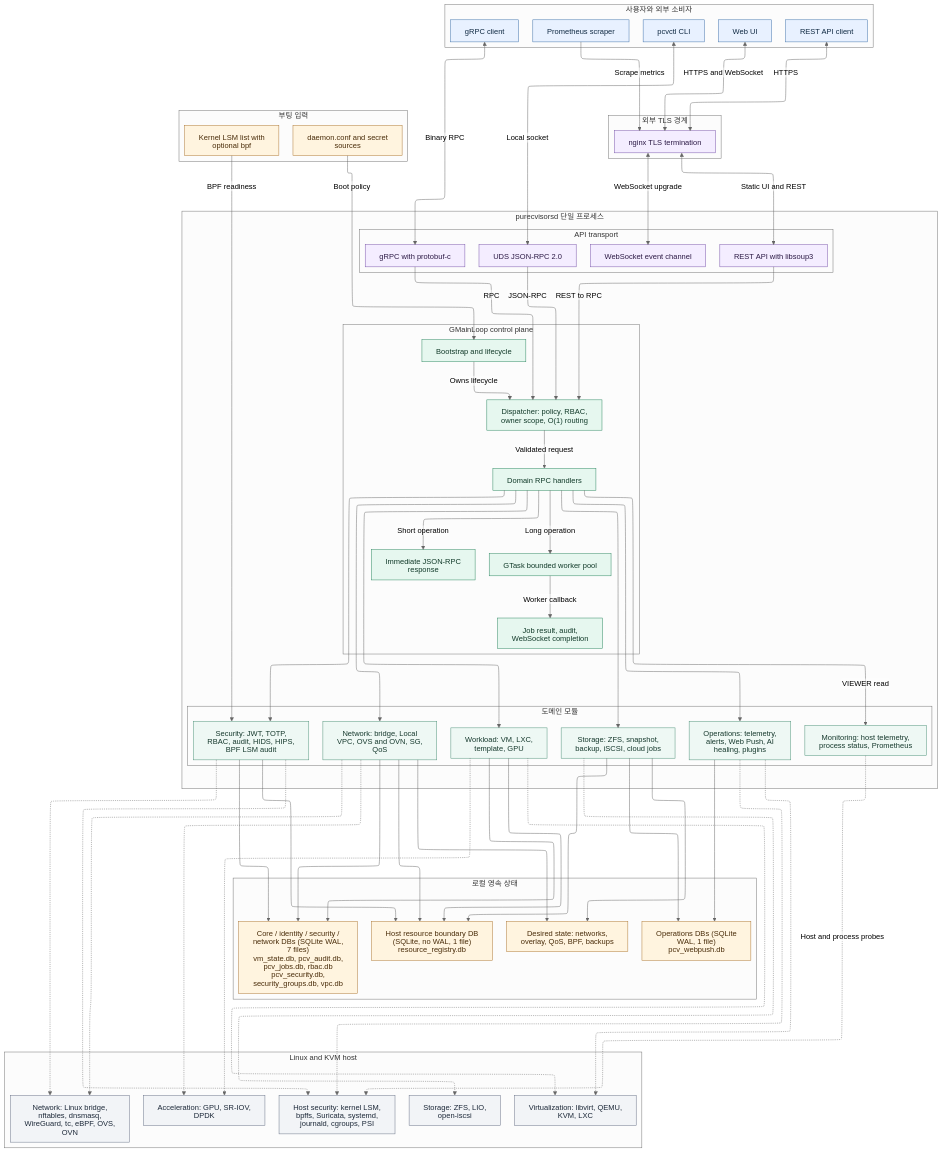
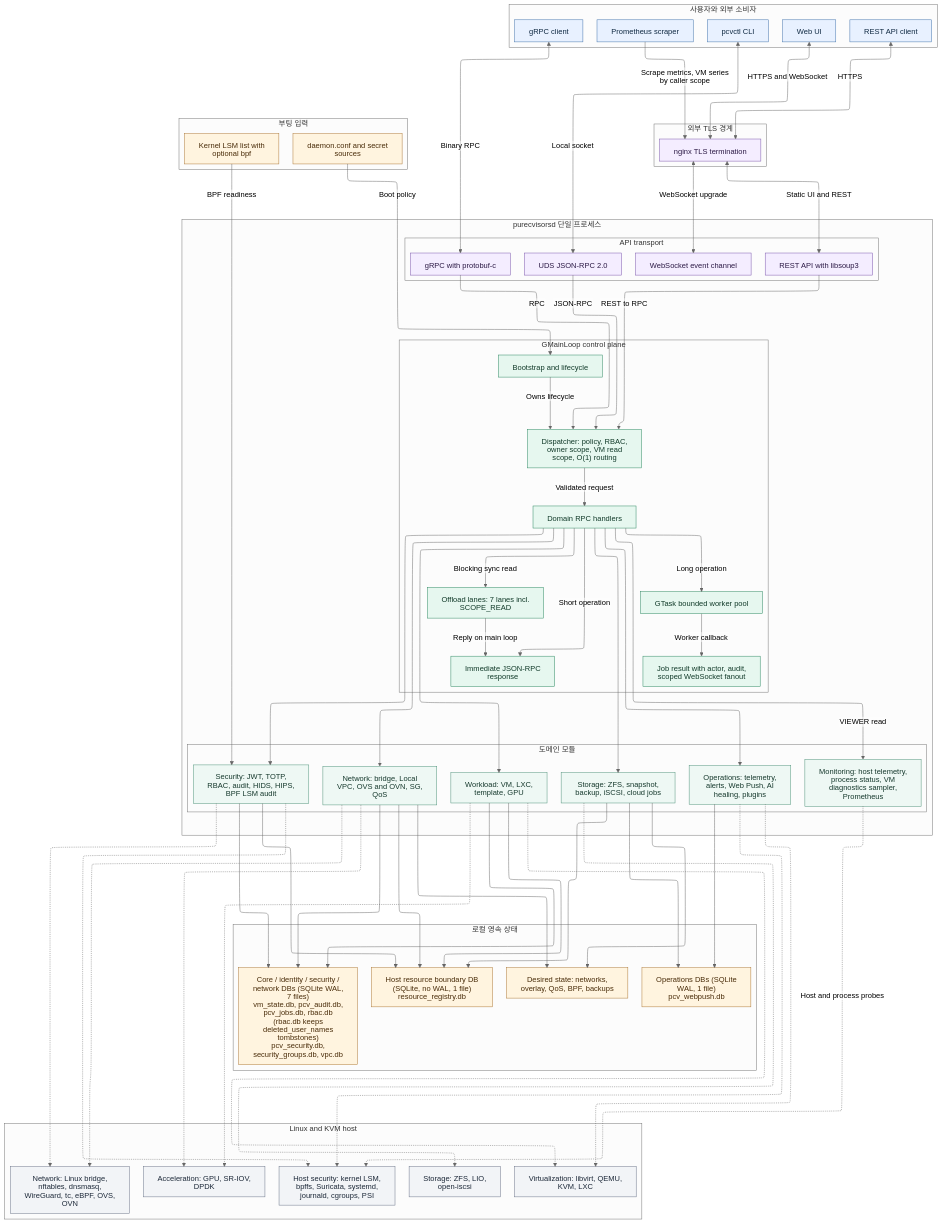
Before and after one commit to HardcoreMonk/purecvisor: the diagram in docs/architecture/purecvisor-single-full-architecture.mmd, drawn with Mermaid (neutral theme). The commit also changed 12 other files, not shown here.

First line of the commit message:
docs(architecture): add the offload lanes, VM read scope and VM diagnostics to the architecture diagrams

```diff
--- a/docs/architecture/purecvisor-single-full-architecture.mmd
+++ b/docs/architecture/purecvisor-single-full-architecture.mmd
@@ -1,132 +1,135 @@
 %%{init: {"htmlLabels": false, "markdownAutoWrap": false, "flowchart": {"defaultRenderer": "elk", "htmlLabels": false, "nodeSpacing": 28, "rankSpacing": 48}}}%%
 flowchart TB
     subgraph clients ["사용자와 외부 소비자"]
         direction LR
         webUi["Web UI"]
         pcvctl["pcvctl CLI"]
         apiClient["REST API client"]
         grpcClient["gRPC client"]
         promClient["Prometheus scraper"]
     end
 
     subgraph edgeGateway ["외부 TLS 경계"]
         nginx["nginx TLS termination"]
     end
 
     subgraph bootInputs ["부팅 입력"]
         configStore["daemon.conf and secret sources"]
         kernelLsm["Kernel LSM list with optional bpf"]
     end
 
     subgraph daemon ["purecvisorsd 단일 프로세스"]
         direction TB
 
         subgraph transports ["API transport"]
             direction LR
             udsApi["UDS JSON-RPC 2.0"]
             restApi["REST API with libsoup3"]
             grpcApi["gRPC with protobuf-c"]
             wsApi["WebSocket event channel"]
         end
 
         subgraph core ["GMainLoop control plane"]
             direction LR
             mainLoop["Bootstrap and lifecycle"]
-            dispatcher["Dispatcher: policy, RBAC, owner scope, O(1) routing"]
+            dispatcher["Dispatcher: policy, RBAC, owner scope, VM read scope, O(1) routing"]
             handlers["Domain RPC handlers"]
             syncPath["Immediate JSON-RPC response"]
             workerPool["GTask bounded worker pool"]
-            completion["Job result, audit, WebSocket completion"]
+            offloadLanes["Offload lanes: 7 lanes incl. SCOPE_READ"]
+            completion["Job result with actor, audit, scoped WebSocket fanout"]
         end
 
         subgraph domains ["도메인 모듈"]
             direction LR
             workloadDomain["Workload: VM, LXC, template, GPU"]
             networkDomain["Network: bridge, Local VPC, OVS and OVN, SG, QoS"]
             storageDomain["Storage: ZFS, snapshot, backup, iSCSI, cloud jobs"]
             securityDomain["Security: JWT, TOTP, RBAC, audit, HIDS, HIPS, BPF LSM audit"]
-            monitorDomain["Monitoring: host telemetry, process status, Prometheus"]
+            monitorDomain["Monitoring: host telemetry, process status, VM diagnostics sampler, Prometheus"]
             opsDomain["Operations: telemetry, alerts, Web Push, AI healing, plugins"]
         end
     end
 
     subgraph persistence ["로컬 영속 상태"]
         direction LR
-        coreDb["Core / identity / security / network DBs (SQLite WAL, 7 files)<br/>vm_state.db, pcv_audit.db, pcv_jobs.db, rbac.db<br/>pcv_security.db, security_groups.db, vpc.db"]
+        coreDb["Core / identity / security / network DBs (SQLite WAL, 7 files)<br/>vm_state.db, pcv_audit.db, pcv_jobs.db, rbac.db<br/>(rbac.db keeps deleted_user_names tombstones)<br/>pcv_security.db, security_groups.db, vpc.db"]
         operationsDb["Operations DBs (SQLite WAL, 1 file)<br/>pcv_webpush.db"]
         resourceDb["Host resource boundary DB<br/>(SQLite, no WAL, 1 file)<br/>resource_registry.db"]
         desiredStore["Desired state: networks, overlay, QoS, BPF, backups"]
     end
 
     subgraph host ["Linux and KVM host"]
         direction LR
         virtPlatform["Virtualization: libvirt, QEMU, KVM, LXC"]
         storagePlatform["Storage: ZFS, LIO, open-iscsi"]
         networkPlatform["Network: Linux bridge, nftables, dnsmasq, WireGuard, tc, eBPF, OVS, OVN"]
         securityPlatform["Host security: kernel LSM, bpffs, Suricata, systemd, journald, cgroups, PSI"]
         accelPlatform["Acceleration: GPU, SR-IOV, DPDK"]
     end
 
     webUi <-->|"HTTPS and WebSocket"| nginx
     apiClient <-->|"HTTPS"| nginx
-    promClient -->|"Scrape metrics"| nginx
+    promClient -->|"Scrape metrics, VM series by caller scope"| nginx
     pcvctl <-->|"Local socket"| udsApi
     grpcClient <-->|"Binary RPC"| grpcApi
     nginx <-->|"Static UI and REST"| restApi
     nginx <-->|"WebSocket upgrade"| wsApi
 
     udsApi -->|"JSON-RPC"| dispatcher
     restApi -->|"REST to RPC"| dispatcher
     grpcApi -->|"RPC"| dispatcher
     mainLoop -->|"Owns lifecycle"| dispatcher
     configStore -->|"Boot policy"| mainLoop
     kernelLsm -->|"BPF readiness"| securityDomain
 
     dispatcher -->|"Validated request"| handlers
     handlers -->|"Short operation"| syncPath
+    handlers -->|"Blocking sync read"| offloadLanes
+    offloadLanes -->|"Reply on main loop"| syncPath
     handlers -->|"Long operation"| workerPool
     workerPool -->|"Worker callback"| completion
 
     handlers --> workloadDomain
     handlers --> networkDomain
     handlers --> storageDomain
     handlers --> securityDomain
     handlers -->|"VIEWER read"| monitorDomain
     handlers --> opsDomain
 
     workloadDomain --> coreDb
     workloadDomain --> resourceDb
     networkDomain --> desiredStore
     networkDomain --> coreDb
     networkDomain --> resourceDb
     storageDomain --> desiredStore
     storageDomain --> operationsDb
     storageDomain --> resourceDb
     securityDomain --> coreDb
     securityDomain --> resourceDb
     opsDomain --> operationsDb
 
     workloadDomain -.-> virtPlatform
     workloadDomain -.-> accelPlatform
     networkDomain -.-> networkPlatform
     networkDomain -.-> accelPlatform
     storageDomain -.-> storagePlatform
     securityDomain -.-> networkPlatform
     securityDomain -.-> securityPlatform
     monitorDomain -.->|"Host and process probes"| securityPlatform
     opsDomain -.-> virtPlatform
     opsDomain -.-> securityPlatform
 
     classDef clientNode fill:#e8f1ff,stroke:#3b6ea8,color:#102a43,stroke-width:1px;
     classDef ingressNode fill:#f4edff,stroke:#7650a8,color:#2d1b46,stroke-width:1px;
     classDef runtimeNode fill:#e6f7ef,stroke:#27845d,color:#123b2a,stroke-width:1px;
     classDef domainNode fill:#eef8f4,stroke:#4a8f76,color:#173a2e,stroke-width:1px;
     classDef dataNode fill:#fff4df,stroke:#aa7430,color:#4a2d0a,stroke-width:1px;
     classDef hostNode fill:#f2f4f7,stroke:#667085,color:#1d2939,stroke-width:1px;
 
     class webUi,pcvctl,apiClient,grpcClient,promClient clientNode;
     class nginx,udsApi,restApi,grpcApi,wsApi ingressNode;
-    class mainLoop,dispatcher,handlers,syncPath,workerPool,completion runtimeNode;
+    class mainLoop,dispatcher,handlers,syncPath,workerPool,offloadLanes,completion runtimeNode;
     class workloadDomain,networkDomain,storageDomain,securityDomain,monitorDomain,opsDomain domainNode;
     class configStore,kernelLsm,coreDb,operationsDb,resourceDb,desiredStore dataNode;
     class virtPlatform,storagePlatform,networkPlatform,securityPlatform,accelPlatform hostNode;
```
